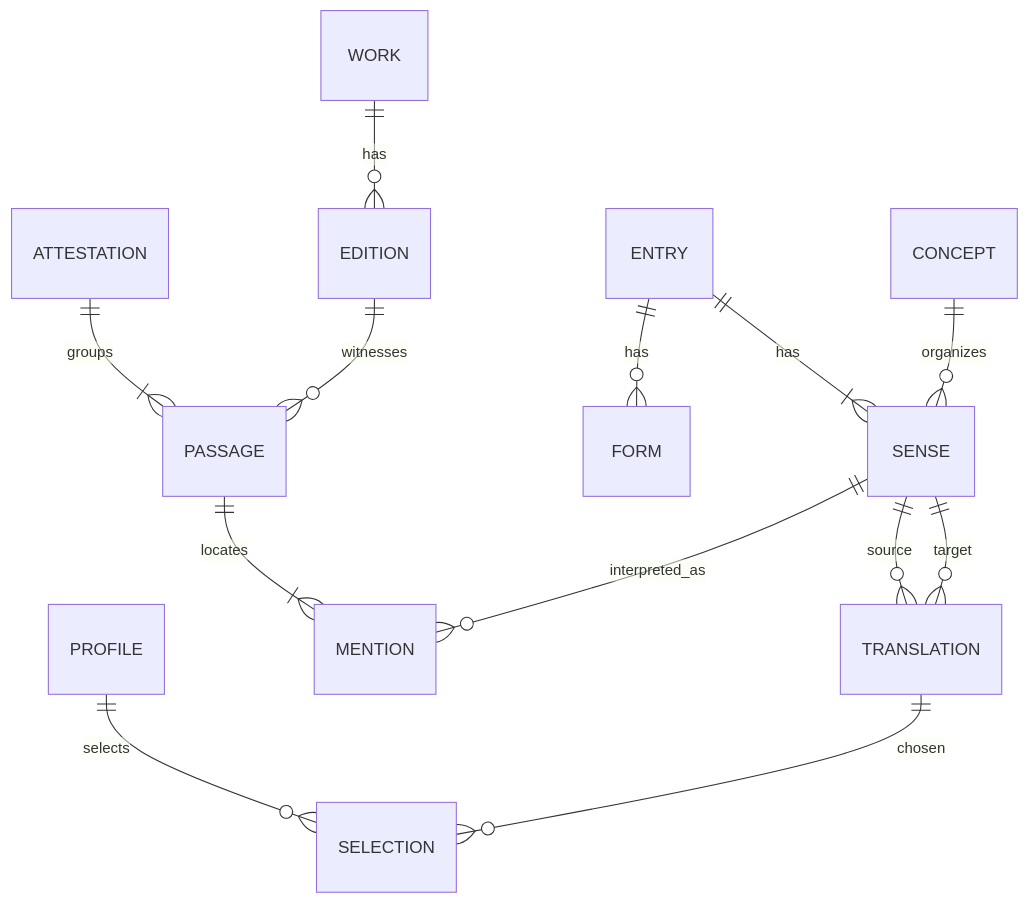
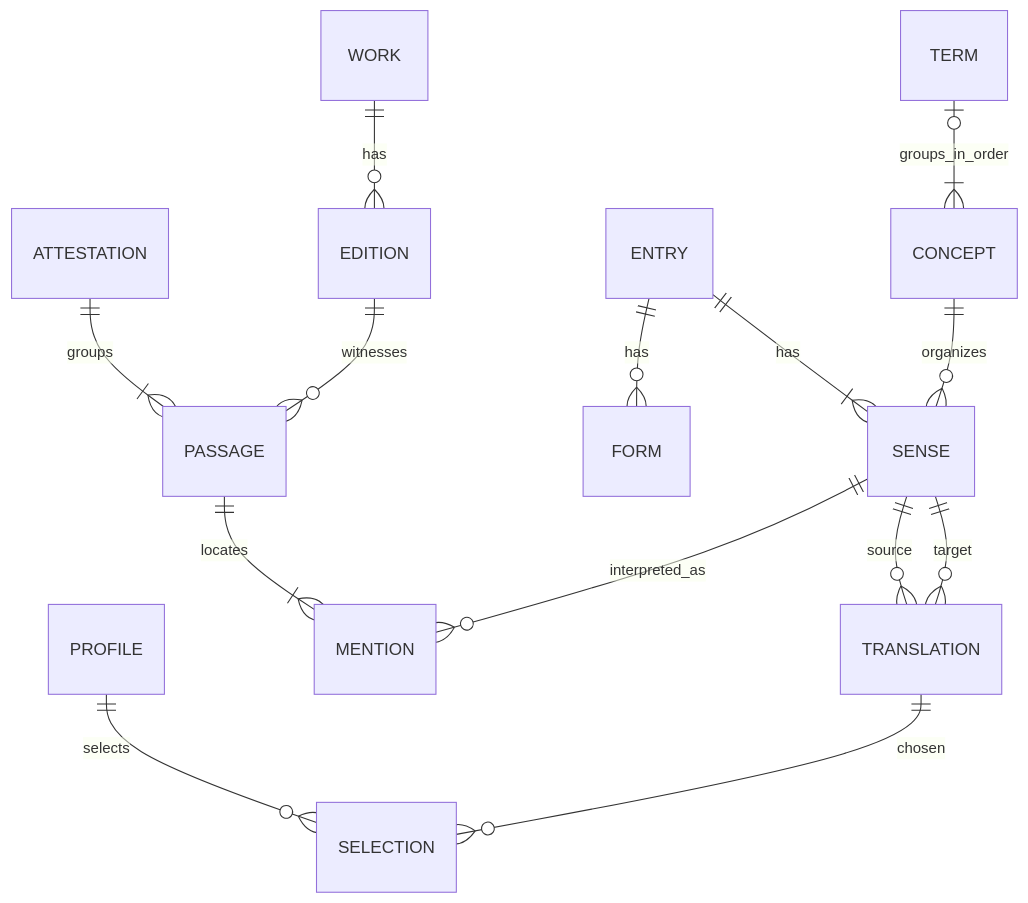
One commit to Blious/marx-lexicon changed the second of 2 diagrams in docs/architecture.md. Above: the diagram before and after it, drawn with Mermaid. The commit also changed other lines of this file and 48 other files, not shown here.

````diff
--- a/docs/architecture.md
+++ b/docs/architecture.md
@@ -34,15 +38,16 @@
 ```mermaid
 erDiagram
+    TERM o|--|{ CONCEPT : groups_in_order
     WORK ||--o{ EDITION : has
     ENTRY ||--|{ SENSE : has
     ENTRY ||--o{ FORM : has
     CONCEPT ||--o{ SENSE : organizes
     SENSE ||--o{ TRANSLATION : source
     SENSE ||--o{ TRANSLATION : target
     ATTESTATION ||--|{ PASSAGE : groups
     EDITION ||--o{ PASSAGE : witnesses
     PASSAGE ||--|{ MENTION : locates
     SENSE ||--o{ MENTION : interpreted_as
     PROFILE ||--o{ SELECTION : selects
     TRANSLATION ||--o{ SELECTION : chosen
 ```
````
